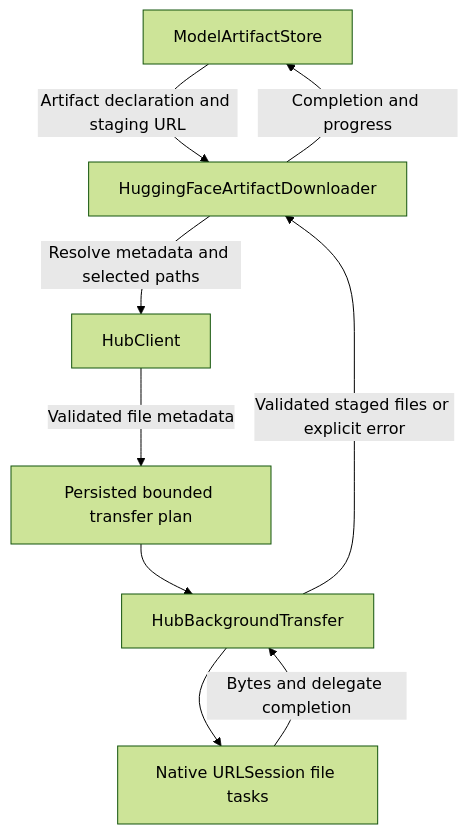
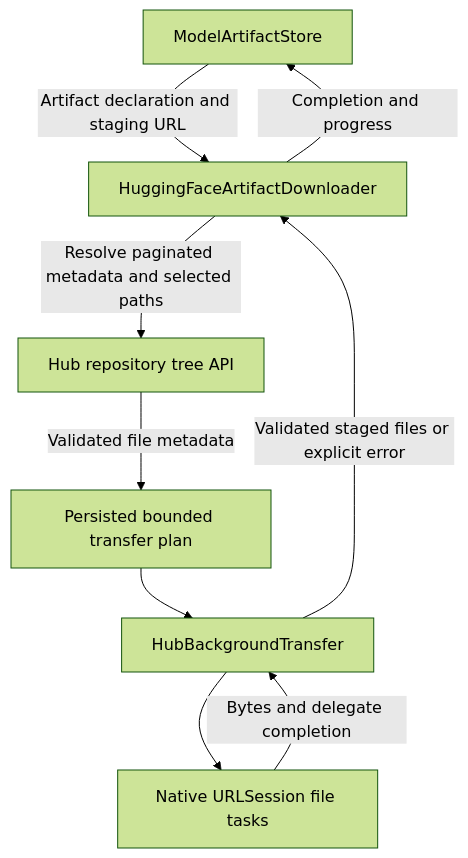
Before and after one commit to devilyouwei/MobileHarness: the diagram in MobileHarness/ModelKit/Support/Management/HuggingFace/README.md, drawn with Mermaid (forest theme). The commit also changed other lines of this file and 201 other files, not shown here.

````diff
--- a/MobileHarness/ModelKit/Support/Management/HuggingFace/README.md
+++ b/MobileHarness/ModelKit/Support/Management/HuggingFace/README.md
@@ -15,11 +15,11 @@
 ```mermaid
 flowchart TB
  Store[ModelArtifactStore] -->|Artifact declaration and staging URL| Downloader[HuggingFaceArtifactDownloader]
- Downloader -->|Resolve metadata and selected paths| Hub[HubClient]
+ Downloader -->|Resolve paginated metadata and selected paths| Hub[Hub repository tree API]
  Hub -->|Validated file metadata| Plan[Persisted bounded transfer plan]
  Plan --> Transfer[HubBackgroundTransfer]
  Transfer --> Session[Native URLSession file tasks]
  Session -->|Bytes and delegate completion| Transfer
  Transfer -->|Validated staged files or explicit error| Downloader
  Downloader -->|Completion and progress| Store
 ```
````
